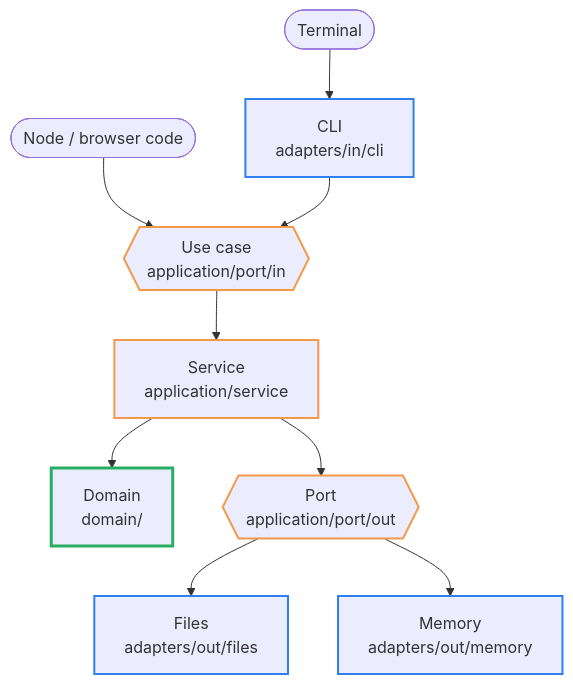
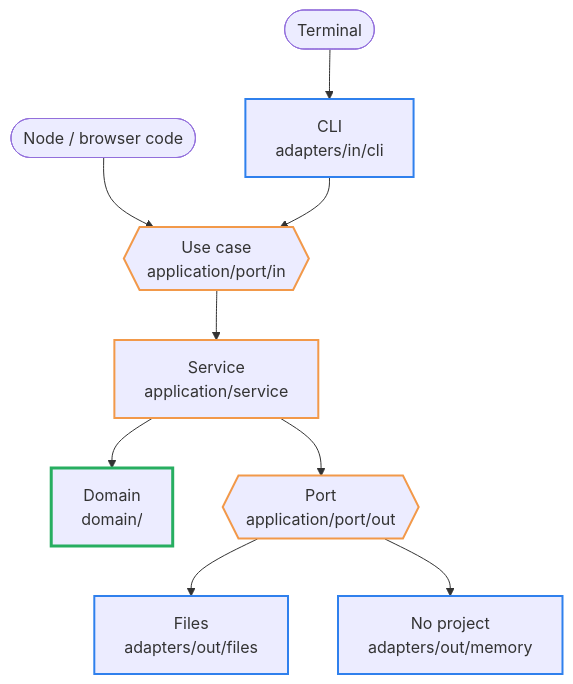
The first of 3 diagrams in docs/architecture.md (Miragon/bpmn-cli), drawn with Mermaid before and after one commit. The commit also changed other lines of this file and 24 other files, not shown here.

````diff
--- a/docs/architecture.md
+++ b/docs/architecture.md
@@ -16,19 +16,19 @@
 ```mermaid
 flowchart TB
   terminal(["Terminal"]) --> cli
   lib(["Node / browser code"]) --> portIn
 
   cli["CLI<br/>adapters/in/cli"] --> portIn
   portIn{{"Use case<br/>application/port/in"}} --> service["Service<br/>application/service"]
   service --> domain["Domain<br/>domain/"]
   service --> portOut{{"Port<br/>application/port/out"}}
   portOut --> files["Files<br/>adapters/out/files"]
-  portOut --> memory["Memory<br/>adapters/out/memory"]
+  portOut --> memory["No project<br/>adapters/out/memory"]
 
   classDef adapter stroke:#2f80ed,stroke-width:2px
   classDef app stroke:#f2994a,stroke-width:2px
   classDef core stroke:#27ae60,stroke-width:3px
   class cli,files,memory adapter
   class portIn,service,portOut app
   class domain core
 ```
````
